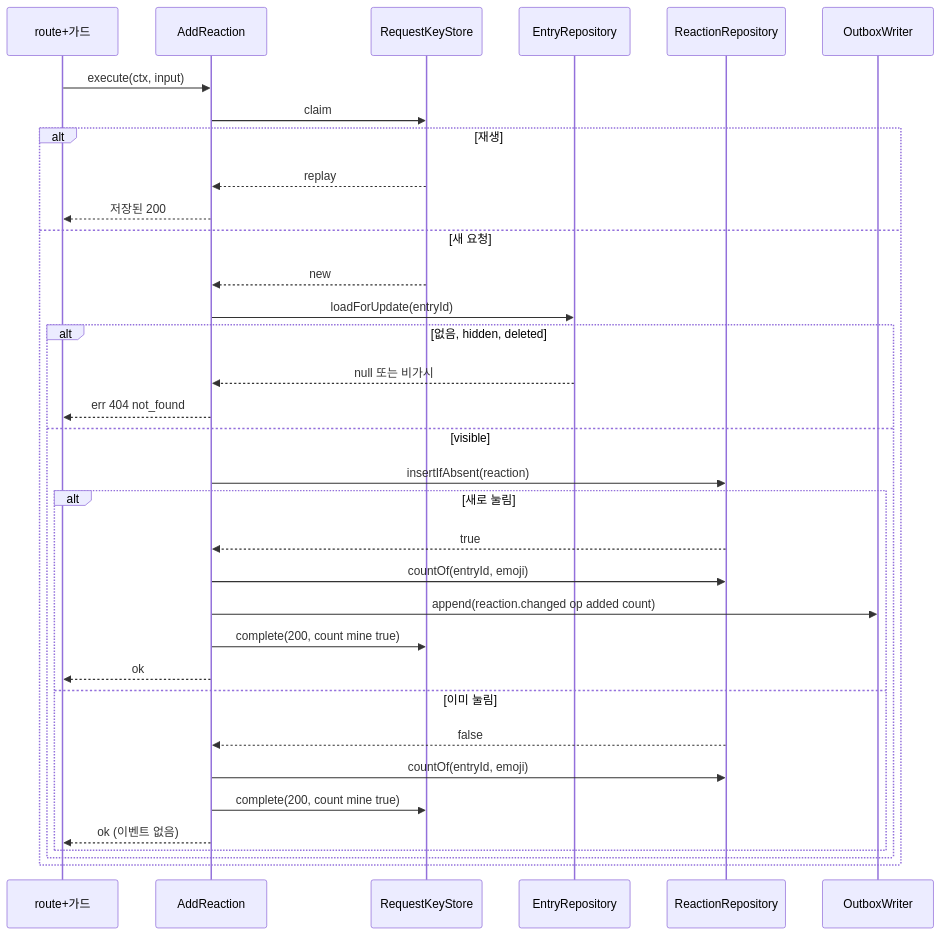
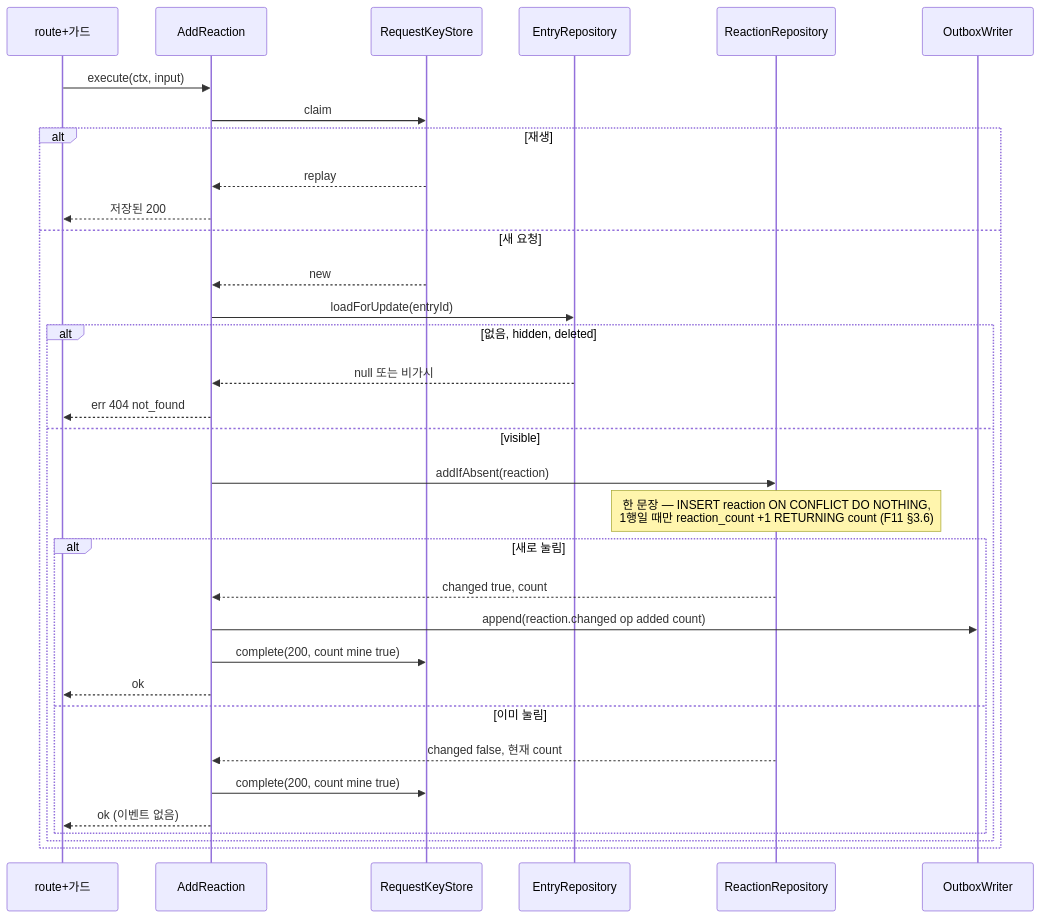
Diagram 20 of 43 in docs/design/features/11-guestbook-write.md (1985jwlee/portpolio_backend), drawn with Mermaid before and after one commit. The commit also changed other lines of this file and 23 other files, not shown here.

````diff
--- a/docs/design/features/11-guestbook-write.md
+++ b/docs/design/features/11-guestbook-write.md
@@ -1108,36 +1181,35 @@
 ```mermaid
 sequenceDiagram
     participant R as route+가드
     participant H as AddReaction
     participant K as RequestKeyStore
     participant E as EntryRepository
     participant X as ReactionRepository
     participant O as OutboxWriter
     R->>H: execute(ctx, input)
     H->>K: claim
     alt 재생
         K-->>H: replay
         H-->>R: 저장된 200
     else 새 요청
         K-->>H: new
         H->>E: loadForUpdate(entryId)
         alt 없음, hidden, deleted
             E-->>H: null 또는 비가시
             H-->>R: err 404 not_found
         else visible
-            H->>X: insertIfAbsent(reaction)
+            H->>X: addIfAbsent(reaction)
+            Note over X: 한 문장 — INSERT reaction ON CONFLICT DO NOTHING,<br/>1행일 때만 reaction_count +1 RETURNING count (F11 §3.6)
             alt 새로 눌림
-                X-->>H: true
-                H->>X: countOf(entryId, emoji)
+                X-->>H: changed true, count
                 H->>O: append(reaction.changed op added count)
                 H->>K: complete(200, count mine true)
                 H-->>R: ok
             else 이미 눌림
-                X-->>H: false
-                H->>X: countOf(entryId, emoji)
+                X-->>H: changed false, 현재 count
                 H->>K: complete(200, count mine true)
                 H-->>R: ok (이벤트 없음)
             end
         end
     end
 ```
````
